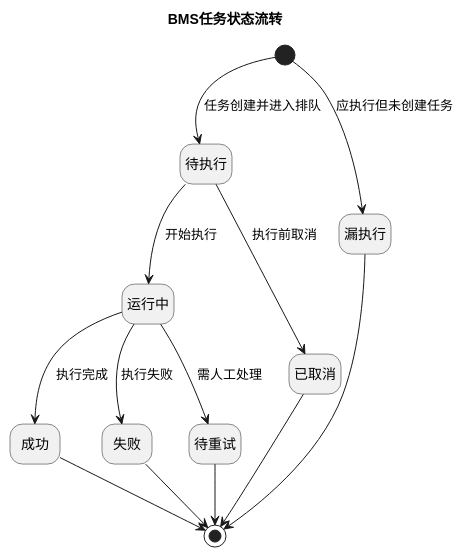
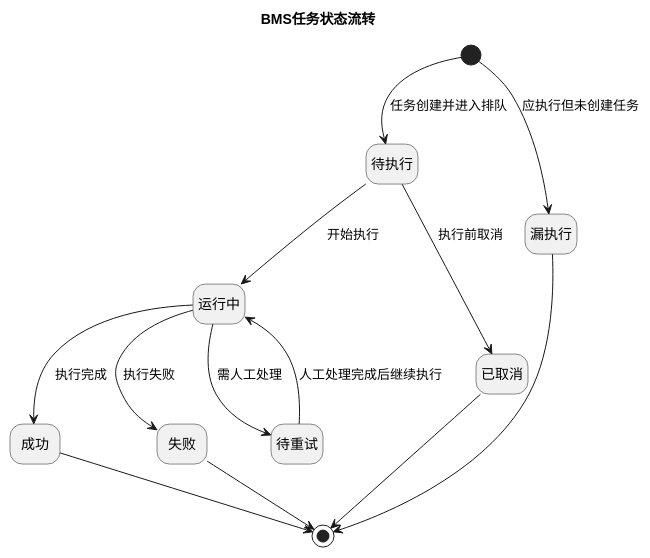
One commit to jack888332/projects-doc changed the fifth of 17 diagrams in product-caliber/bms/prd/财务系统.PRD.md. Above: the diagram before and after it, drawn with PlantUML. The commit also changed other lines of this file, not shown here.

````diff
--- a/product-caliber/bms/prd/财务系统.PRD.md
+++ b/product-caliber/bms/prd/财务系统.PRD.md
@@ -873,27 +981,27 @@
 ```plantuml
 @startuml
 title BMS任务状态流转
 hide empty description
 
 state "待执行" as Pending
 state "运行中" as Running
 state "成功" as Success
 state "失败" as Failed
 state "待重试" as NeedRetry
 state "已取消" as Cancelled
 state "漏执行" as Missed
 
 [*] --> Pending : 任务创建并进入排队
 [*] --> Missed : 应执行但未创建任务
 Pending --> Running : 开始执行
 Pending --> Cancelled : 执行前取消
 Running --> Success : 执行完成
 Running --> Failed : 执行失败
 Running --> NeedRetry : 需人工处理
+NeedRetry --> Running : 人工处理完成后继续执行
 Success --> [*]
 Failed --> [*]
-NeedRetry --> [*]
 Cancelled --> [*]
 Missed --> [*]
 @enduml
 ```
````
